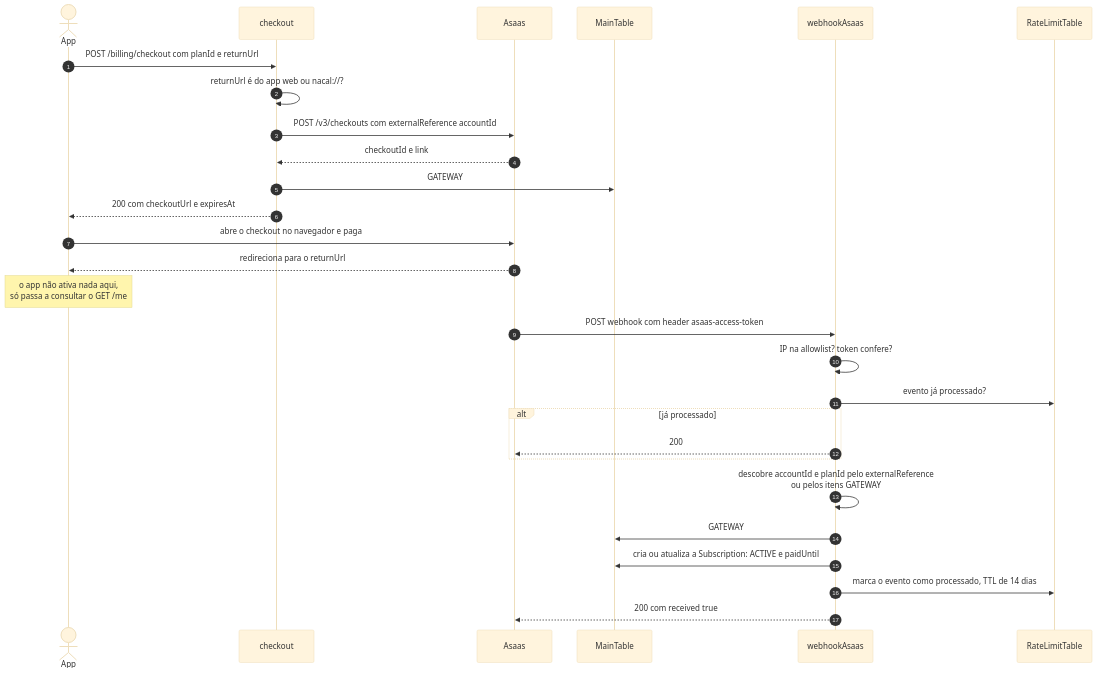
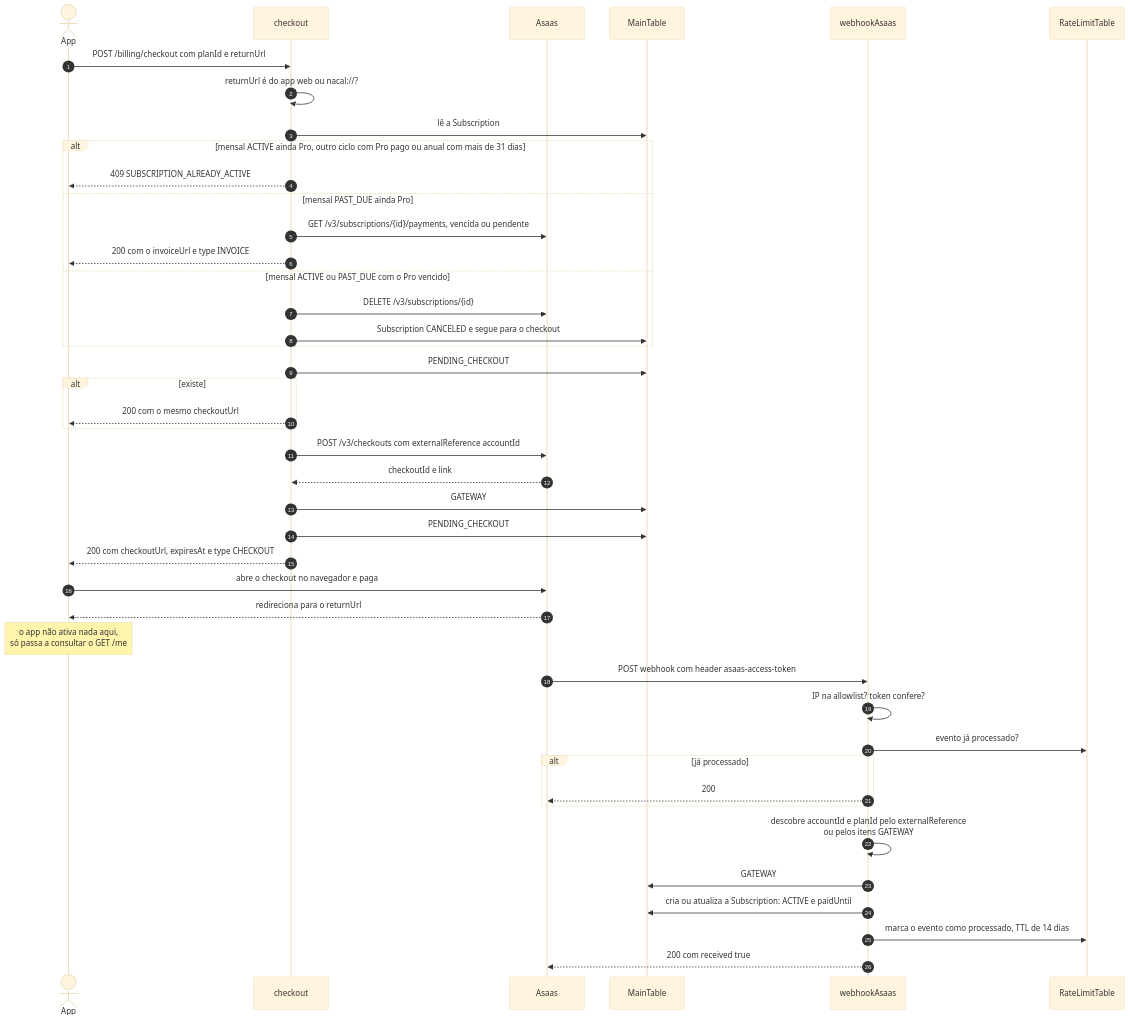
Before and after one commit to nivaldoandrade/nacal-api: the second of 3 diagrams in docs/guide/fluxos/billing.md, drawn with Mermaid (base theme). The commit also changed other lines of this file and 14 other files, not shown here.

Commit message:
fix(api): prevent duplicate subscriptions on checkout

````diff
--- a/docs/guide/fluxos/billing.md
+++ b/docs/guide/fluxos/billing.md
@@ -64,32 +64,47 @@
 ```mermaid
 sequenceDiagram
     autonumber
     actor U as App
     participant API as checkout
     participant As as Asaas
     participant DB as MainTable
     participant W as webhookAsaas
     participant RL as RateLimitTable
 
     U->>API: POST /billing/checkout com planId e returnUrl
     API->>API: returnUrl é do app web ou nacal://?
+    API->>DB: lê a Subscription
+    alt mensal ACTIVE ainda Pro, outro ciclo com Pro pago ou anual com mais de 31 dias
+        API-->>U: 409 SUBSCRIPTION_ALREADY_ACTIVE
+    else mensal PAST_DUE ainda Pro
+        API->>As: GET /v3/subscriptions/{id}/payments, vencida ou pendente
+        API-->>U: 200 com o invoiceUrl e type INVOICE
+    else mensal ACTIVE ou PAST_DUE com o Pro vencido
+        API->>As: DELETE /v3/subscriptions/{id}
+        API->>DB: Subscription CANCELED e segue para o checkout
+    end
+    API->>DB: PENDING_CHECKOUT#accountId existe, do mesmo plano e returnUrl, com mais de 10 min?
+    alt existe
+        API-->>U: 200 com o mesmo checkoutUrl
+    end
     API->>As: POST /v3/checkouts com externalReference accountId#planId, expira em 60 min
     As-->>API: checkoutId e link
     API->>DB: GATEWAY#checkoutId aponta para accountId e planId
-    API-->>U: 200 com checkoutUrl e expiresAt
+    API->>DB: PENDING_CHECKOUT#accountId com o link, TTL de 60 min
+    API-->>U: 200 com checkoutUrl, expiresAt e type CHECKOUT
     U->>As: abre o checkout no navegador e paga
     As-->>U: redireciona para o returnUrl
     Note over U: o app não ativa nada aqui,<br/>só passa a consultar o GET /me
 
     As->>W: POST webhook com header asaas-access-token
     W->>W: IP na allowlist? token confere?
     W->>RL: evento já processado?
     alt já processado
         W-->>As: 200
     end
     W->>W: descobre accountId e planId pelo externalReference<br/>ou pelos itens GATEWAY#
     W->>DB: GATEWAY#subscriptionId aponta para a conta
     W->>DB: cria ou atualiza a Subscription: ACTIVE e paidUntil
     W->>RL: marca o evento como processado, TTL de 14 dias
     W-->>As: 200 com received true
 ```
````
